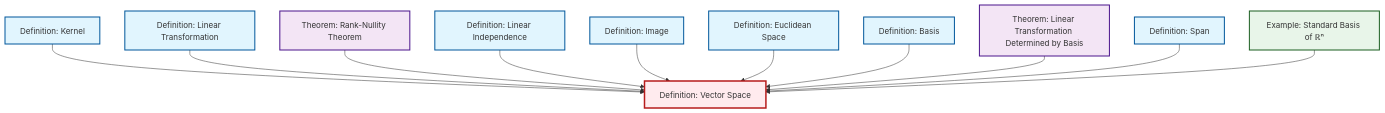
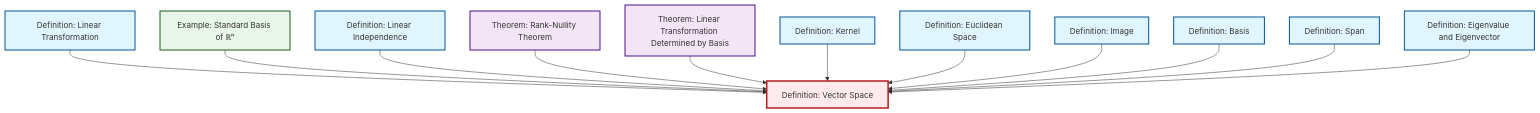
The diagram in content/ja/algebra/def-vector-space.qmd (RK0429/ModernMath), drawn with Mermaid before and after one commit. The commit also changed 530 other files, not shown here.

````diff
--- a/content/ja/algebra/def-vector-space.qmd
+++ b/content/ja/algebra/def-vector-space.qmd
@@ -49,41 +49,44 @@
 ```{mermaid}
 %%| fig-cap: "Local dependency graph"
 graph TD
     classDef definition fill:#e1f5fe,stroke:#01579b,stroke-width:2px
     classDef theorem fill:#f3e5f5,stroke:#4a148c,stroke-width:2px
     classDef axiom fill:#fff3e0,stroke:#e65100,stroke-width:2px
     classDef example fill:#e8f5e9,stroke:#1b5e20,stroke-width:2px
     classDef current fill:#ffebee,stroke:#b71c1c,stroke-width:3px
-    def-linear-transformation["Definition: Linear Transformation"]:::definition
-    def-vector-space["Definition: Vector Space"]:::definition
+    thm-rank-nullity["Theorem: Rank-Nullity Theorem"]:::theorem
+    ex-standard-basis-rn["Example: Standard Basis of ℝⁿ"]:::example
     def-euclidean-space["Definition: Euclidean Space"]:::definition
-    thm-rank-nullity["Theorem: Rank-Nullity Theorem"]:::theorem
-    def-image["Definition: Image"]:::definition
+    def-basis["Definition: Basis"]:::definition
     def-kernel["Definition: Kernel"]:::definition
+    def-eigenvalue-eigenvector["Definition: Eigenvalue and Eigenvector"]:::definition
+    thm-linear-transformation-basis["Theorem: Linear Transformation Determined by Basis"]:::theorem
     def-linear-independence["Definition: Linear Independence"]:::definition
     def-span["Definition: Span"]:::definition
-    ex-standard-basis-rn["Example: Standard Basis of ℝⁿ"]:::example
-    thm-linear-transformation-basis["Theorem: Linear Transformation Determined by Basis"]:::theorem
-    def-basis["Definition: Basis"]:::definition
+    def-image["Definition: Image"]:::definition
+    def-vector-space["Definition: Vector Space"]:::definition
+    def-linear-transformation["Definition: Linear Transformation"]:::definition
+    def-linear-transformation --> def-vector-space
+    ex-standard-basis-rn --> def-vector-space
+    def-linear-independence --> def-vector-space
+    thm-rank-nullity --> def-vector-space
+    thm-linear-transformation-basis --> def-vector-space
     def-kernel --> def-vector-space
-    def-linear-transformation --> def-vector-space
-    thm-rank-nullity --> def-vector-space
-    def-linear-independence --> def-vector-space
+    def-euclidean-space --> def-vector-space
     def-image --> def-vector-space
-    def-euclidean-space --> def-vector-space
     def-basis --> def-vector-space
-    thm-linear-transformation-basis --> def-vector-space
     def-span --> def-vector-space
-    ex-standard-basis-rn --> def-vector-space
+    def-eigenvalue-eigenvector --> def-vector-space
     class def-vector-space current
-    click def-linear-transformation "def-linear-transformation.html" "Definition: Linear Transformationへ"
+    click thm-rank-nullity "thm-rank-nullity.html" "Theorem: Rank-Nullity Theoremへ"
+    click ex-standard-basis-rn "ex-standard-basis-rn.html" "Example: Standard Basis of ℝⁿへ"
     click def-euclidean-space "def-euclidean-space.html" "Definition: Euclidean Spaceへ"
-    click thm-rank-nullity "thm-rank-nullity.html" "Theorem: Rank-Nullity Theoremへ"
-    click def-image "def-image.html" "Definition: Imageへ"
+    click def-basis "def-basis.html" "Definition: Basisへ"
     click def-kernel "def-kernel.html" "Definition: Kernelへ"
+    click def-eigenvalue-eigenvector "def-eigenvalue-eigenvector.html" "Definition: Eigenvalue and Eigenvectorへ"
+    click thm-linear-transformation-basis "thm-linear-transformation-basis.html" "Theorem: Linear Transformation Determined by Basisへ"
     click def-linear-independence "def-linear-independence.html" "Definition: Linear Independenceへ"
     click def-span "def-span.html" "Definition: Spanへ"
-    click ex-standard-basis-rn "ex-standard-basis-rn.html" "Example: Standard Basis of ℝⁿへ"
-    click thm-linear-transformation-basis "thm-linear-transformation-basis.html" "Theorem: Linear Transformation Determined by Basisへ"
-    click def-basis "def-basis.html" "Definition: Basisへ"
+    click def-image "def-image.html" "Definition: Imageへ"
+    click def-linear-transformation "def-linear-transformation.html" "Definition: Linear Transformationへ"
 ```
````
